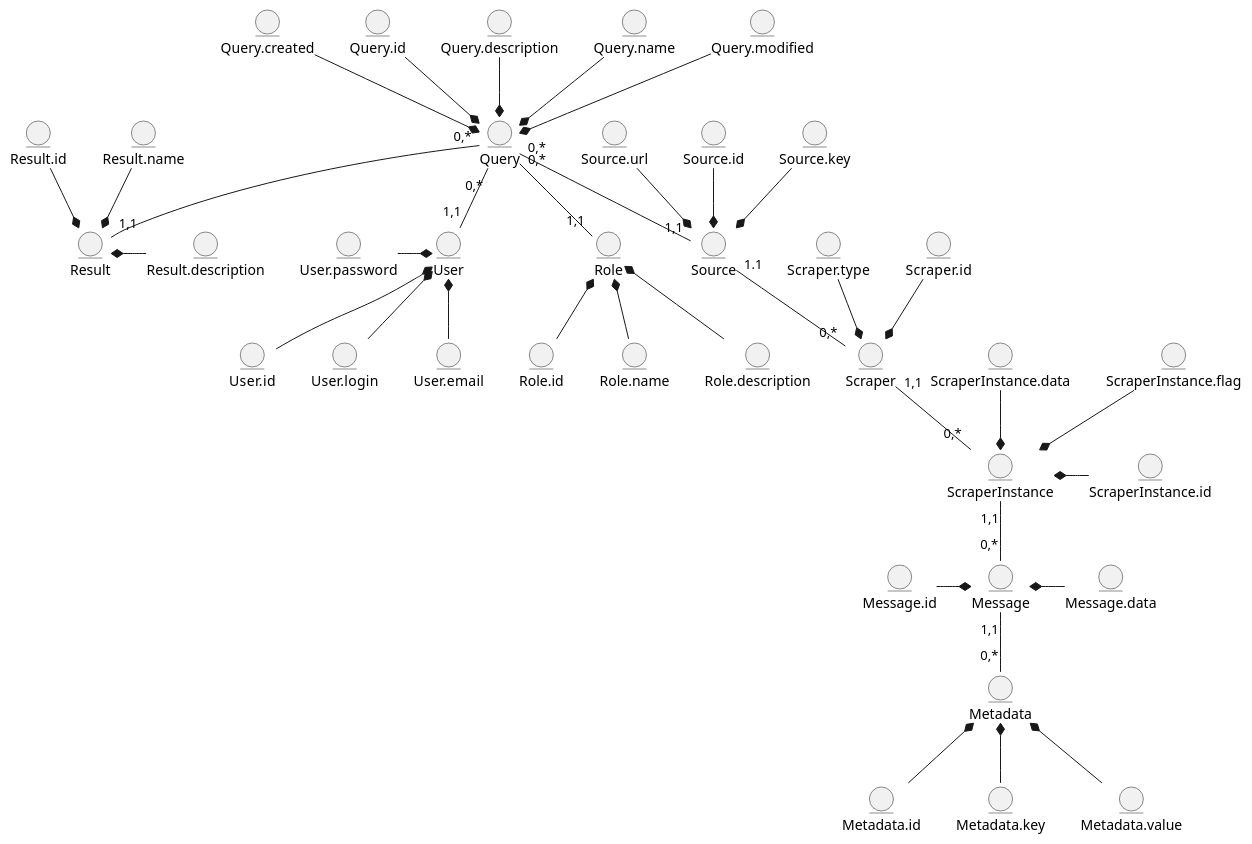
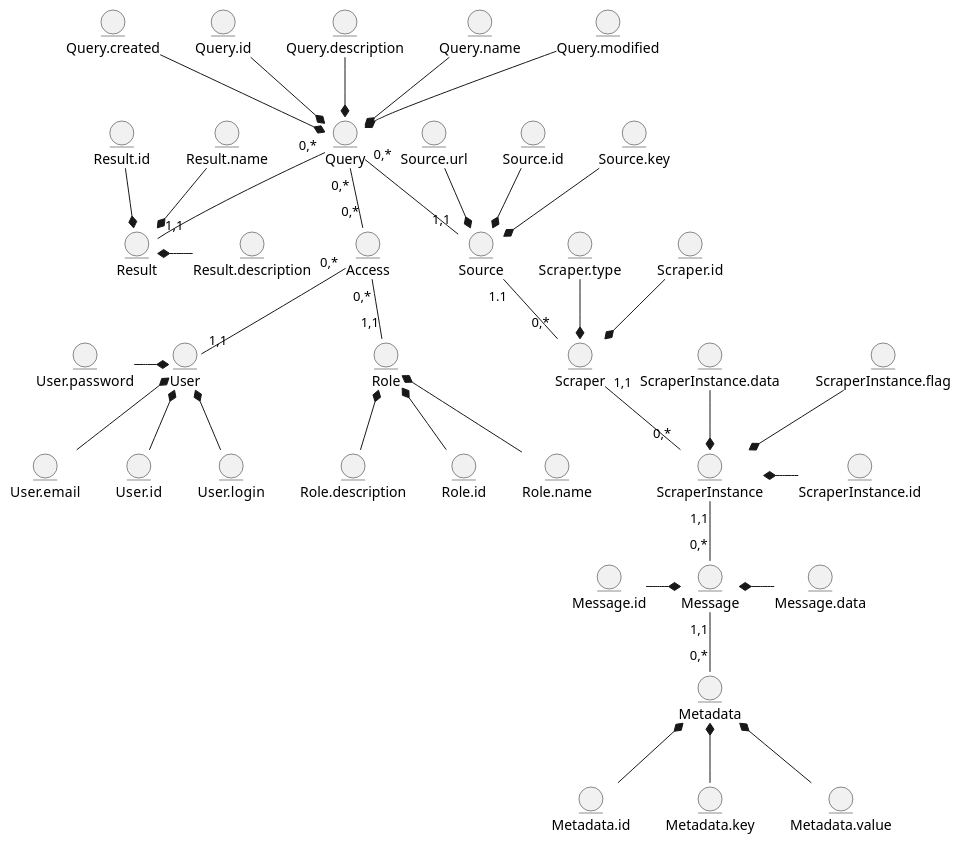
Before and after one commit to mikhmol/media-content-analyze-system: the first of 2 diagrams in docs/design/README.md, drawn with PlantUML. The commit also changed other lines of this file, not shown here.

Commit message:
Returned access entity
Returned access entity

```diff
--- a/docs/design/README.md
+++ b/docs/design/README.md
@@ -17,6 +17,8 @@
 Query.description --* Query
 Query.name --* Query 
 Query.modified --* Query 
+
+entity Access
 
 entity User
 entity User.id
@@ -88,10 +90,11 @@
 Metadata.key -u-* Metadata
 Metadata.value -u-* Metadata
 
+Query "0,*" -d- "0,*" Access
 Query "0,*" -d- "1,1" Result
 Query "0,*" -d- "1,1" Source
-Query "0,*" -d- "1,1" User
-Query "0,*" -- "1,1" Role
+Access "0,*" -d- "1,1" User
+Access "0,*" -- "1,1" Role
 Source "1.1" -d- "0,*" Scraper
 Scraper "1,1" -d- "0,*" ScraperInstance
 Message "0,*" -u- "1,1" ScraperInstance
```
